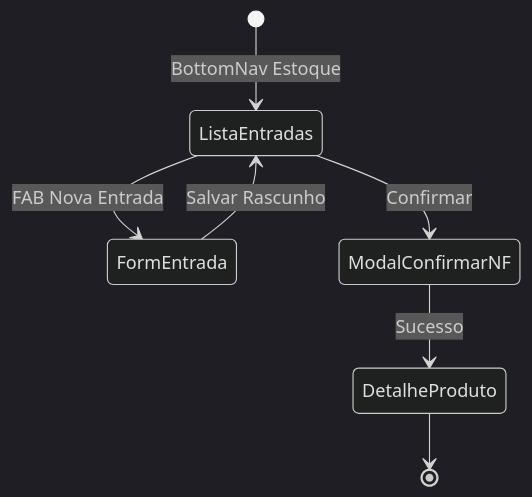
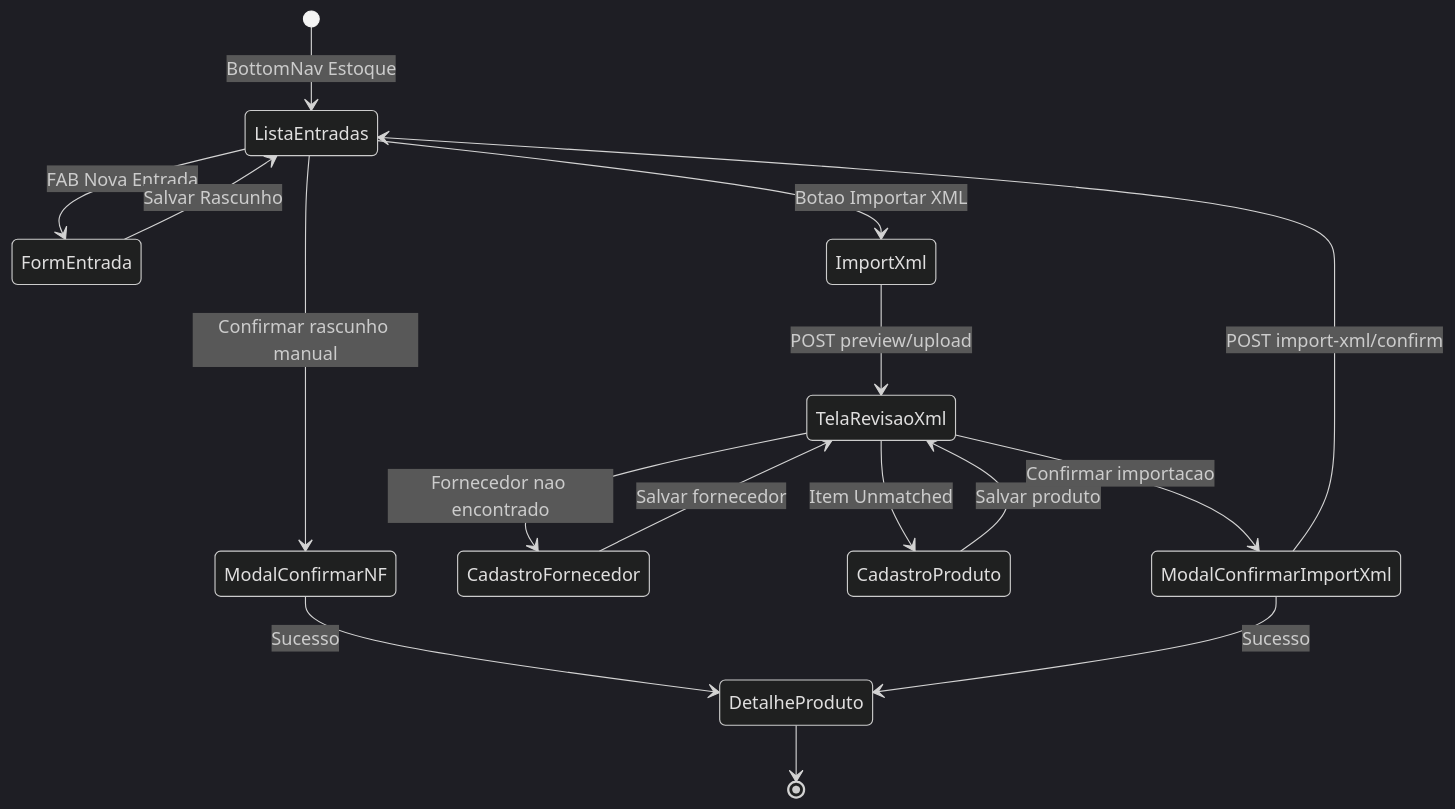
The seventh of 7 diagrams in docs/flutter-ui-spec.md (SpagnolTechnology/mais_vendas_backend), drawn with Mermaid (dark theme) before and after one commit. The commit also changed other lines of this file and 39 other files, not shown here.

Commit message:
feat: implement NFe import functionality with preview and confirmation endpoints

````diff
--- a/docs/flutter-ui-spec.md
+++ b/docs/flutter-ui-spec.md
@@ -342,9 +342,18 @@
 ```mermaid
 stateDiagram-v2
     [*] --> ListaEntradas: BottomNav Estoque
     ListaEntradas --> FormEntrada: FAB Nova Entrada
+    ListaEntradas --> ImportXml: Botao Importar XML
     FormEntrada --> ListaEntradas: Salvar Rascunho
-    ListaEntradas --> ModalConfirmarNF: Confirmar
+    ListaEntradas --> ModalConfirmarNF: Confirmar rascunho manual
+    ImportXml --> TelaRevisaoXml: POST preview/upload
+    TelaRevisaoXml --> CadastroFornecedor: Fornecedor nao encontrado
+    CadastroFornecedor --> TelaRevisaoXml: Salvar fornecedor
+    TelaRevisaoXml --> CadastroProduto: Item Unmatched
+    CadastroProduto --> TelaRevisaoXml: Salvar produto
+    TelaRevisaoXml --> ModalConfirmarImportXml: Confirmar importacao
+    ModalConfirmarImportXml --> ListaEntradas: POST import-xml/confirm
     ModalConfirmarNF --> DetalheProduto: Sucesso
+    ModalConfirmarImportXml --> DetalheProduto: Sucesso
     DetalheProduto --> [*]
 ```
````
